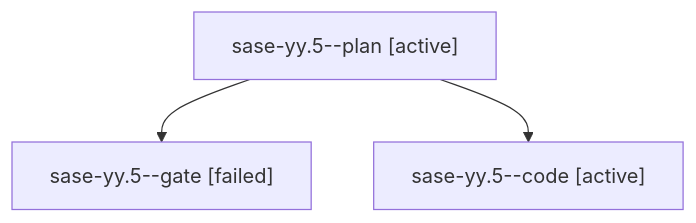
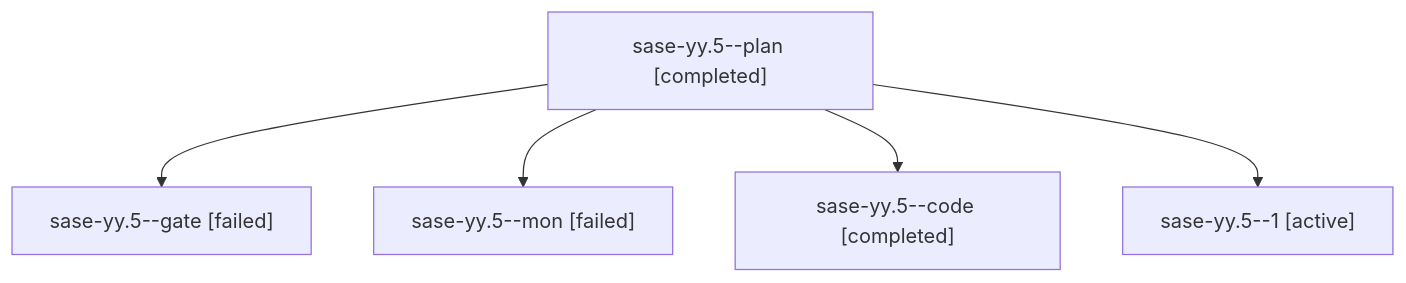
Before and after one commit to sase-org/sase--agents: the diagram in families/bbugyi200.athena.sase-yy.5.md, drawn with Mermaid. The commit also changed other lines of this file and 89 other files, not shown here.

````diff
--- a/families/bbugyi200.athena.sase-yy.5.md
+++ b/families/bbugyi200.athena.sase-yy.5.md
@@ -9,8 +9,12 @@
 ```mermaid
 flowchart TD
-  n0["sase-yy.5--plan [active]"]
+  n0["sase-yy.5--plan [completed]"]
   n1["sase-yy.5--gate [failed]"]
   n0 --> n1
-  n2["sase-yy.5--code [active]"]
+  n2["sase-yy.5--mon [failed]"]
   n0 --> n2
+  n3["sase-yy.5--code [completed]"]
+  n0 --> n3
+  n4["sase-yy.5--1 [active]"]
+  n0 --> n4
 ```
````
